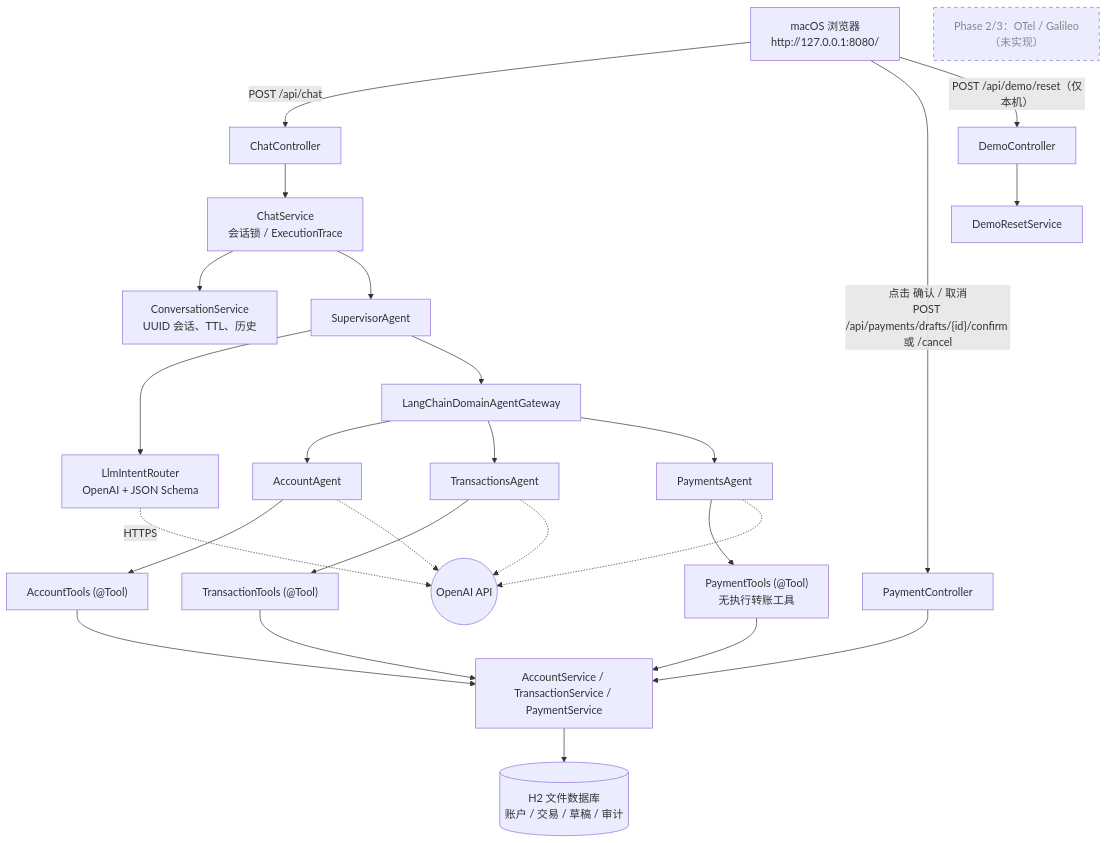
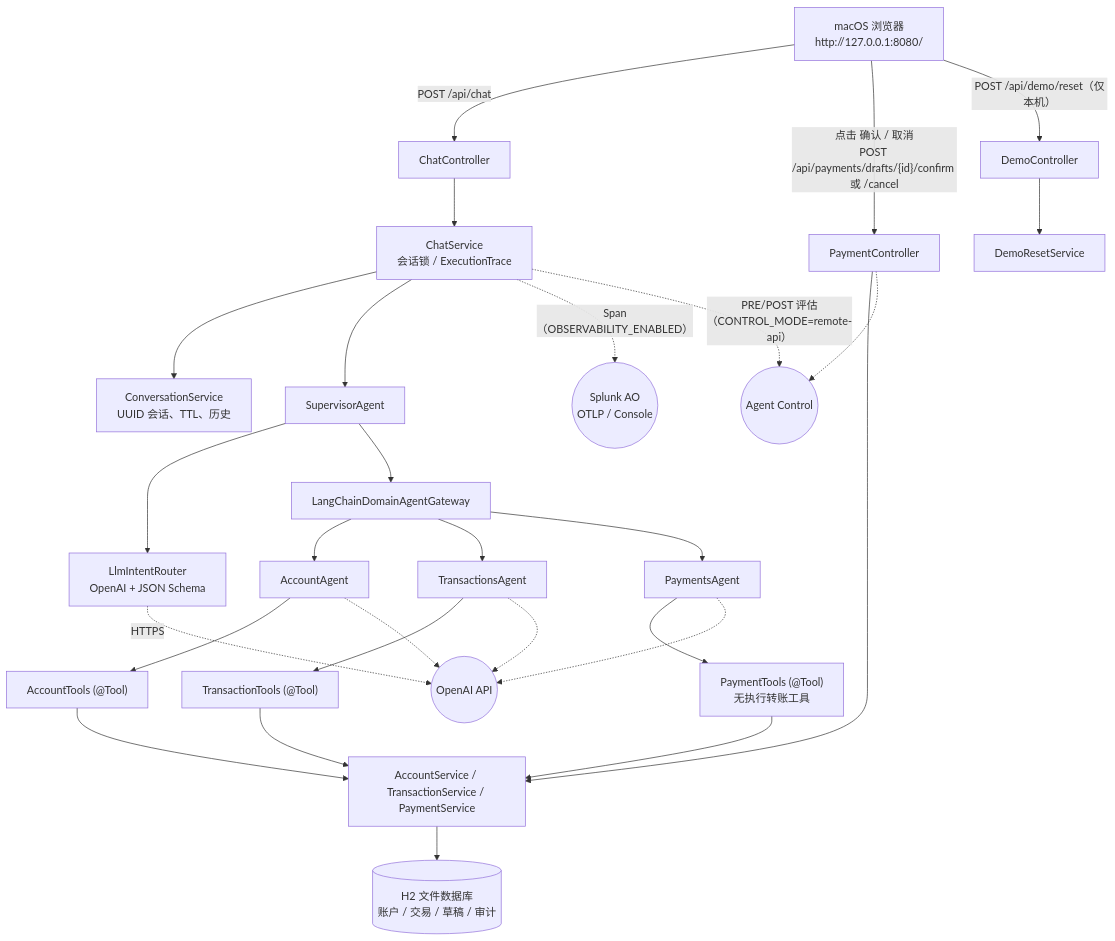
Before and after one commit to highopes/bank-agent-java: the first of 3 diagrams in README.md, drawn with Mermaid. The commit also changed other lines of this file and 106 other files, not shown here.

````diff
--- a/README.md
+++ b/README.md
@@ -33,29 +36,30 @@
 ```mermaid
 flowchart TD
     B["macOS 浏览器<br/>http://127.0.0.1:8080/"] -->|"POST /api/chat"| CC["ChatController"]
     B -->|"点击 确认 / 取消<br/>POST /api/payments/drafts/{id}/confirm 或 /cancel"| PC["PaymentController"]
     B -->|"POST /api/demo/reset（仅本机）"| DC["DemoController"]
     CC --> CS["ChatService<br/>会话锁 / ExecutionTrace"]
     CS --> CONV["ConversationService<br/>UUID 会话、TTL、历史"]
     CS --> SUP["SupervisorAgent"]
     SUP --> RT["LlmIntentRouter<br/>OpenAI + JSON Schema"]
     SUP --> GW["LangChainDomainAgentGateway"]
     GW --> AA["AccountAgent"]
     GW --> TA["TransactionsAgent"]
     GW --> PA["PaymentsAgent"]
     AA --> AT["AccountTools (@Tool)"]
     TA --> TT["TransactionTools (@Tool)"]
     PA --> PT["PaymentTools (@Tool)<br/>无执行转账工具"]
     AT --> SVC["AccountService / TransactionService / PaymentService"]
     TT --> SVC
     PT --> SVC
     PC --> SVC
     DC --> RS["DemoResetService"]
     SVC --> DB[("H2 文件数据库<br/>账户 / 交易 / 草稿 / 审计")]
     RT -.->|HTTPS| OAI(("OpenAI API"))
     AA -.-> OAI
     TA -.-> OAI
     PA -.-> OAI
-    FUT["Phase 2/3：OTel / Galileo<br/>（未实现）"]:::future
-    classDef future stroke-dasharray: 5 5,color:#888
+    CS -.->|"Span（OBSERVABILITY_ENABLED）"| AO(("Splunk AO<br/>OTLP / Console"))
+    CS -.->|"PRE/POST 评估（CONTROL_MODE=remote-api）"| AC(("Agent Control"))
+    PC -.-> AC
 ```
````
